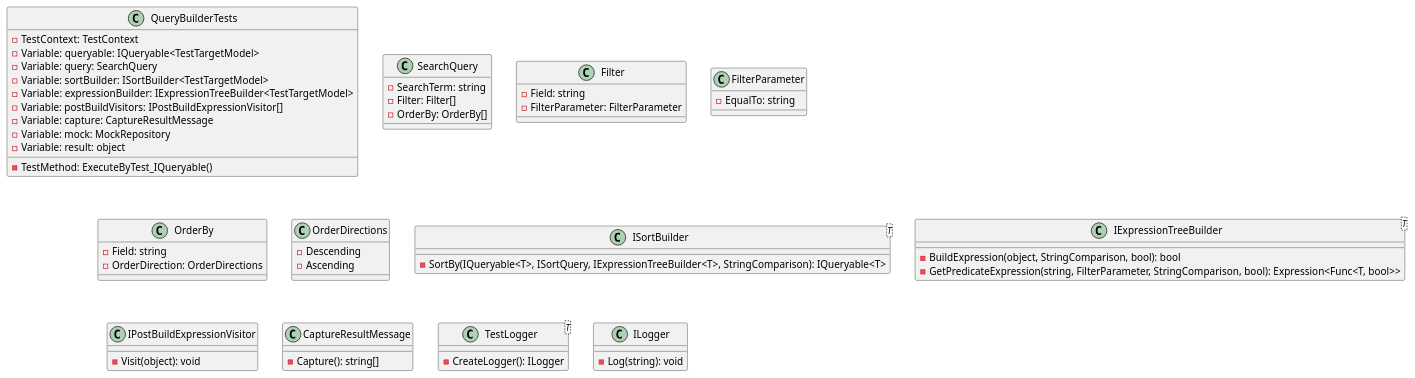
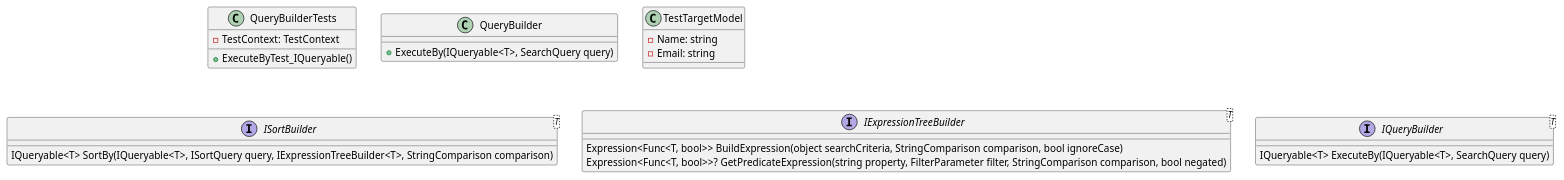
One commit to mwwhited-forks/dotnet-libs changed the first of 3 diagrams in docs/generated/Framework/Eliassen.System.Tests/Linq/Search/Documentation.md. Above: the diagram before and after it, drawn with PlantUML. The commit also changed other lines of this file and 444 other files, not shown here.

````diff
--- a/docs/generated/Framework/Eliassen.System.Tests/Linq/Search/Documentation.md
+++ b/docs/generated/Framework/Eliassen.System.Tests/Linq/Search/Documentation.md
@@ -4,67 +11,31 @@
 ```plantuml
 @startuml
 class QueryBuilderTests {
   - TestContext: TestContext
-  - TestMethod: ExecuteByTest_IQueryable()
-  - Variable: queryable: IQueryable<TestTargetModel>
-  - Variable: query: SearchQuery
-  - Variable: sortBuilder: ISortBuilder<TestTargetModel>
-  - Variable: expressionBuilder: IExpressionTreeBuilder<TestTargetModel>
-  - Variable: postBuildVisitors: IPostBuildExpressionVisitor[]
-  - Variable: capture: CaptureResultMessage
-  - Variable: mock: MockRepository
-  - Variable: result: object
+  + ExecuteByTest_IQueryable()
 }
 
-class SearchQuery {
-  - SearchTerm: string
-  - Filter: Filter[]
-  - OrderBy: OrderBy[]
+class QueryBuilder {
+  + ExecuteBy(IQueryable<T>, SearchQuery query)
 }
 
-class Filter {
-  - Field: string
-  - FilterParameter: FilterParameter
+class TestTargetModel {
+  - Name: string
+  - Email: string
 }
 
-class FilterParameter {
-  - EqualTo: string
+interface ISortBuilder<T> {
+  IQueryable<T> SortBy(IQueryable<T>, ISortQuery query, IExpressionTreeBuilder<T>, StringComparison comparison)
 }
 
-class OrderBy {
-  - Field: string
-  - OrderDirection: OrderDirections
+interface IExpressionTreeBuilder<T> {
+  Expression<Func<T, bool>> BuildExpression(object searchCriteria, StringComparison comparison, bool ignoreCase)
+  Expression<Func<T, bool>>? GetPredicateExpression(string property, FilterParameter filter, StringComparison comparison, bool negated)
 }
 
-class OrderDirections {
-  - Descending
-  - Ascending
-}
-
-class ISortBuilder<T> {
-  - SortBy(IQueryable<T>, ISortQuery, IExpressionTreeBuilder<T>, StringComparison): IQueryable<T>
-}
-
-class IExpressionTreeBuilder<T> {
-  - BuildExpression(object, StringComparison, bool): bool
-  - GetPredicateExpression(string, FilterParameter, StringComparison, bool): Expression<Func<T, bool>>
-}
-
-class IPostBuildExpressionVisitor {
-  - Visit(object): void
-}
-
-class CaptureResultMessage {
-  - Capture(): string[]
-}
-
-class TestLogger<T> {
-  - CreateLogger(): ILogger
-}
-
-class ILogger {
-  - Log(string): void
+interface IQueryBuilder<T> {
+  IQueryable<T> ExecuteBy(IQueryable<T>, SearchQuery query)
 }
 
 @enduml
 ```
````
